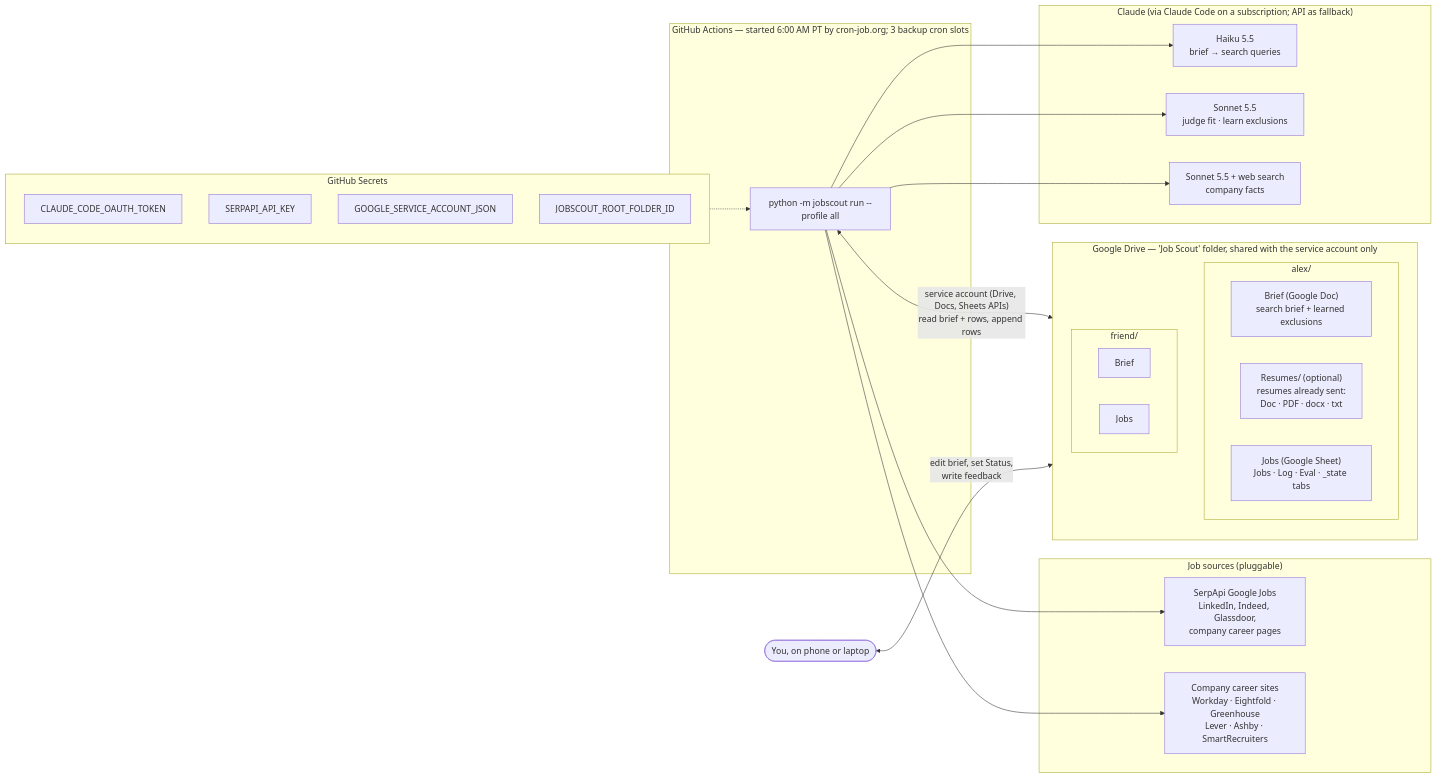
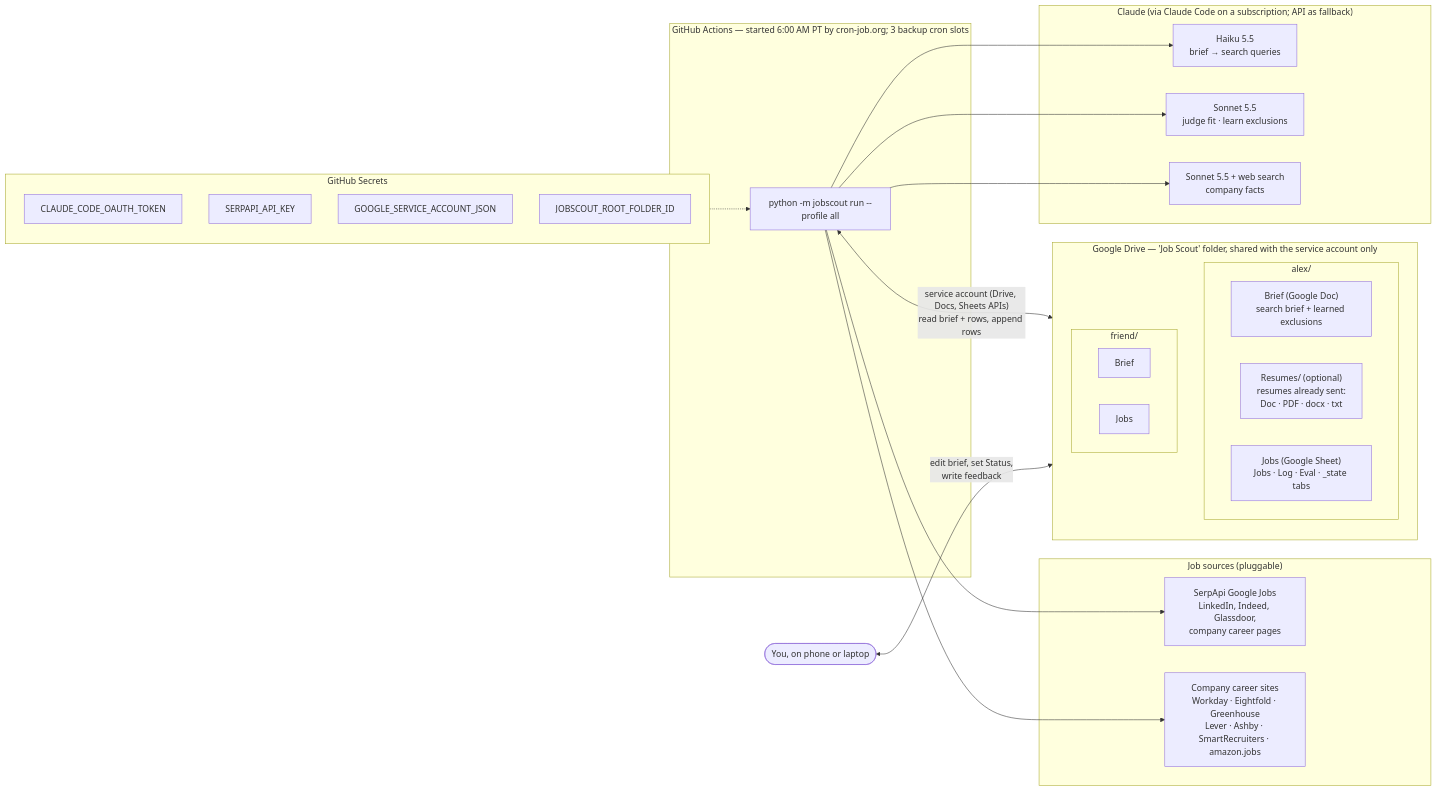
One commit to juliavasan/job-scout changed the first of 6 diagrams in docs/ARCHITECTURE.md. Above: the diagram before and after it, drawn with Mermaid. The commit also changed other lines of this file and 4 other files, not shown here.

Commit message:
Watchlist: amazon.jobs as a direct source (amazon: City, City), with all of a posting's offices

````diff
--- a/docs/ARCHITECTURE.md
+++ b/docs/ARCHITECTURE.md
@@ -13,47 +13,47 @@
 ```mermaid
 flowchart LR
     subgraph GH["GitHub Actions — started 6:00 AM PT by cron-job.org; 3 backup cron slots"]
         CLI["python -m jobscout run --profile all"]
     end
 
     subgraph SECRETS["GitHub Secrets"]
         direction TB
         S1["CLAUDE_CODE_OAUTH_TOKEN"]
         S2["SERPAPI_API_KEY"]
         S3["GOOGLE_SERVICE_ACCOUNT_JSON"]
         S4["JOBSCOUT_ROOT_FOLDER_ID"]
     end
 
     subgraph DRIVE["Google Drive — 'Job Scout' folder, shared with the service account only"]
         direction TB
         subgraph P1["alex/"]
             B1["Brief (Google Doc)<br/>search brief + learned exclusions"]
             R1["Resumes/ (optional)<br/>resumes already sent:<br/>Doc · PDF · docx · txt"]
             J1["Jobs (Google Sheet)<br/>Jobs · Log · Eval · _state tabs"]
         end
         subgraph P2["friend/"]
             B2["Brief"]
             J2["Jobs"]
         end
     end
 
     subgraph SOURCES["Job sources (pluggable)"]
         SERP["SerpApi Google Jobs<br/>LinkedIn, Indeed, Glassdoor,<br/>company career pages"]
-        ATS["Company career sites<br/>Workday · Eightfold · Greenhouse<br/>Lever · Ashby · SmartRecruiters"]
+        ATS["Company career sites<br/>Workday · Eightfold · Greenhouse<br/>Lever · Ashby · SmartRecruiters · amazon.jobs"]
     end
 
     subgraph CLAUDE["Claude (via Claude Code on a subscription; API as fallback)"]
         HAIKU["Haiku 5.5<br/>brief → search queries"]
         SONNET["Sonnet 5.5<br/>judge fit · learn exclusions"]
         WEB["Sonnet 5.5 + web search<br/>company facts"]
     end
 
     SECRETS -.-> CLI
     CLI <-->|"service account (Drive, Docs, Sheets APIs)<br/>read brief + rows, append rows"| DRIVE
     CLI --> HAIKU
     CLI --> SERP
     CLI --> ATS
     CLI --> SONNET
     CLI --> WEB
     USER(["You, on phone or laptop"]) <-->|"edit brief, set Status,<br/>write feedback"| DRIVE
 ```
````
